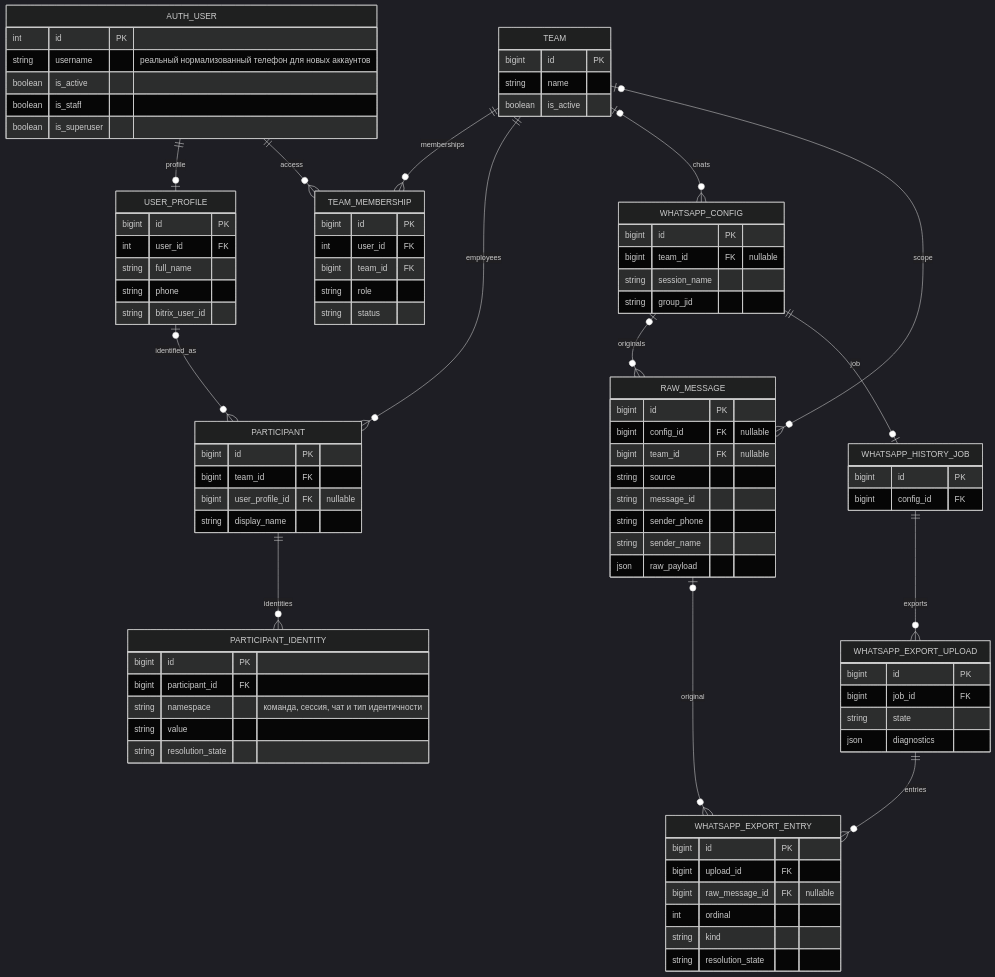
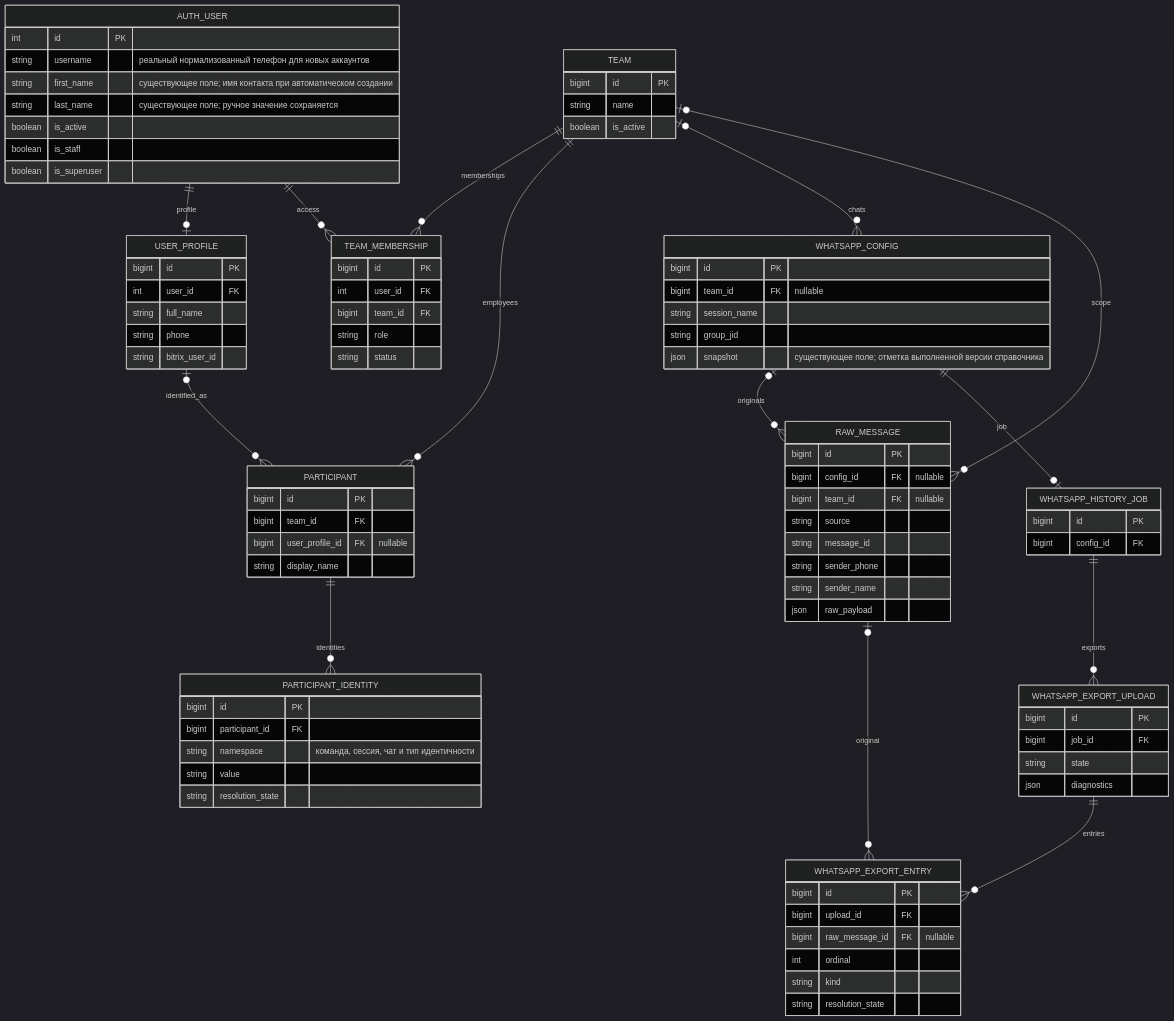
Before and after one commit to envOnion/kz-mazory: the first of 2 diagrams in specs/task_2026-10-07_20-31-34_MSK.md, drawn with Mermaid (dark theme). The commit also changed other lines of this file and 5 other files, not shown here.

```diff
--- a/specs/task_2026-10-07_20-31-34_MSK.md
+++ b/specs/task_2026-10-07_20-31-34_MSK.md
@@ -23,6 +23,8 @@
     AUTH_USER {
         int id PK
         string username "реальный нормализованный телефон для новых аккаунтов"
+        string first_name "существующее поле; имя контакта при автоматическом создании"
+        string last_name "существующее поле; ручное значение сохраняется"
         boolean is_active
         boolean is_staff
         boolean is_superuser
@@ -64,6 +66,7 @@
         bigint team_id FK "nullable"
         string session_name
         string group_jid
+        json snapshot "существующее поле; отметка выполненной версии справочника"
     }
     RAW_MESSAGE {
         bigint id PK
```
